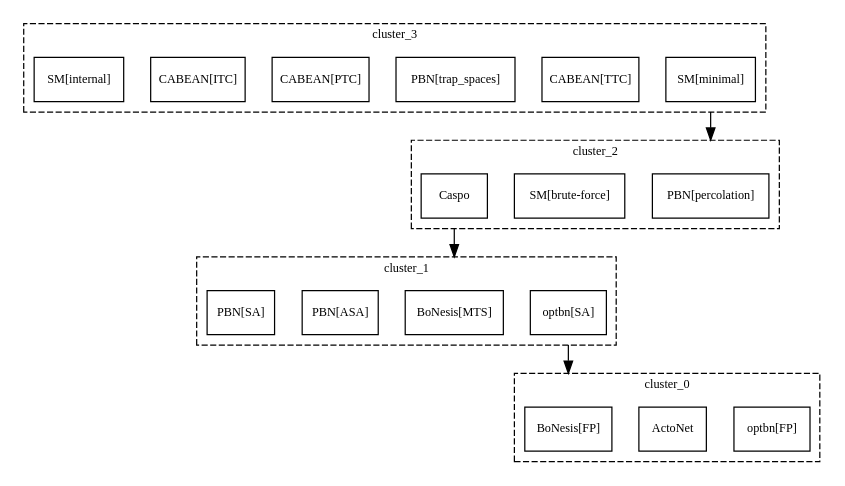
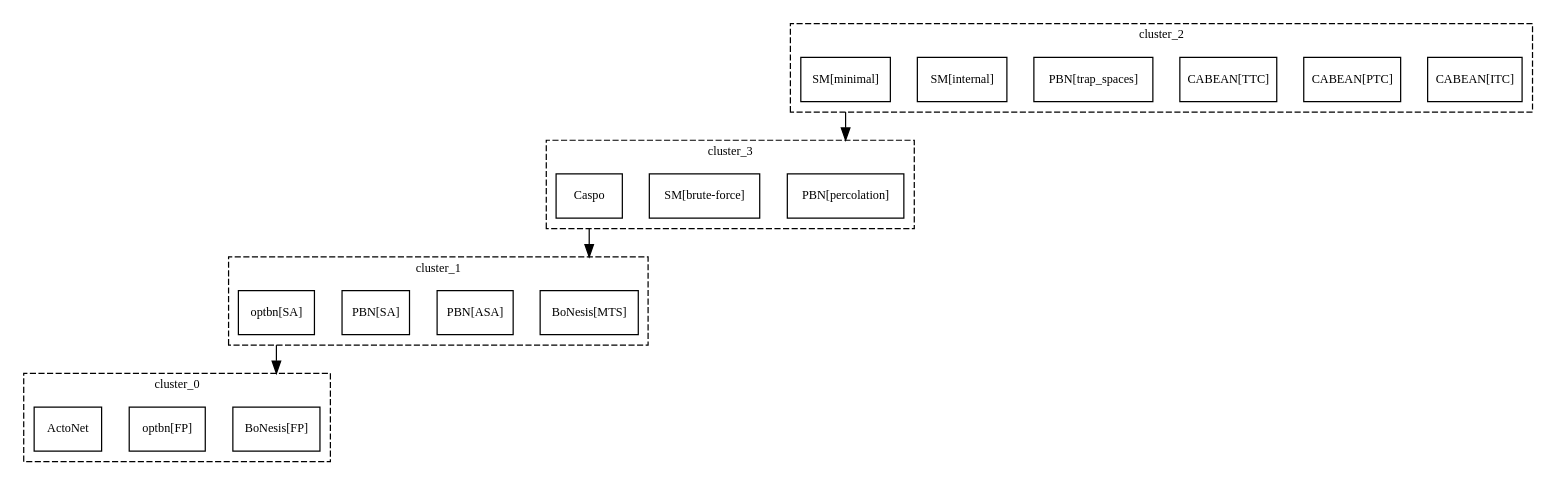
Before and after one commit to kalebmoon07/BN-control-taxonomy: the diagram in experiments/results/counterexamples/ce_long_attr/_graph_tred.dot, drawn with Graphviz. The commit also changed 104 other files, not shown here.

```diff
--- a/experiments/results/counterexamples/ce_long_attr/_graph_tred.dot
+++ b/experiments/results/counterexamples/ce_long_attr/_graph_tred.dot
@@ -1,44 +1,44 @@
 strict digraph G {
 graph [fontsize=10, fontname=Verdana, compound=true];
 node [shape=record, fontsize=10, fontname=Verdana];
 graph [nodesep=0.3, ranksep=0.8];
 subgraph cluster_0 {
 label="cluster_0";
 graph [style=dashed, color=black];
+"BoNesis[FP]";
 "optbn[FP]";
 ActoNet;
-"BoNesis[FP]";
 }
 
 subgraph cluster_1 {
 label="cluster_1";
 graph [style=dashed, color=black];
-"optbn[SA]";
 "BoNesis[MTS]";
 "PBN[ASA]";
 "PBN[SA]";
+"optbn[SA]";
 }
 
 subgraph cluster_2 {
 label="cluster_2";
+graph [style=dashed, color=black];
+"CABEAN[ITC]";
+"CABEAN[PTC]";
+"CABEAN[TTC]";
+"PBN[trap_spaces]";
+"SM[internal]";
+"SM[minimal]";
+}
+
+subgraph cluster_3 {
+label="cluster_3";
 graph [style=dashed, color=black];
 "PBN[percolation]";
 "SM[brute-force]";
 Caspo;
 }
 
-subgraph cluster_3 {
-label="cluster_3";
-graph [style=dashed, color=black];
-"SM[minimal]";
-"CABEAN[TTC]";
-"PBN[trap_spaces]";
-"CABEAN[PTC]";
-"CABEAN[ITC]";
-"SM[internal]";
+"SM[minimal]" -> "PBN[percolation]" [ltail="cluster_2", lhead="cluster_3"];
+"optbn[SA]" -> "BoNesis[FP]" [ltail="cluster_1", lhead="cluster_0"];
+Caspo -> "BoNesis[MTS]" [ltail="cluster_3", lhead="cluster_1"];
 }
-
-"SM[minimal]" -> "PBN[percolation]" [ltail="cluster_3", lhead="cluster_2"];
-"optbn[SA]" -> "BoNesis[FP]" [ltail="cluster_1", lhead="cluster_0"];
-Caspo -> "BoNesis[MTS]" [ltail="cluster_2", lhead="cluster_1"];
-}
```
